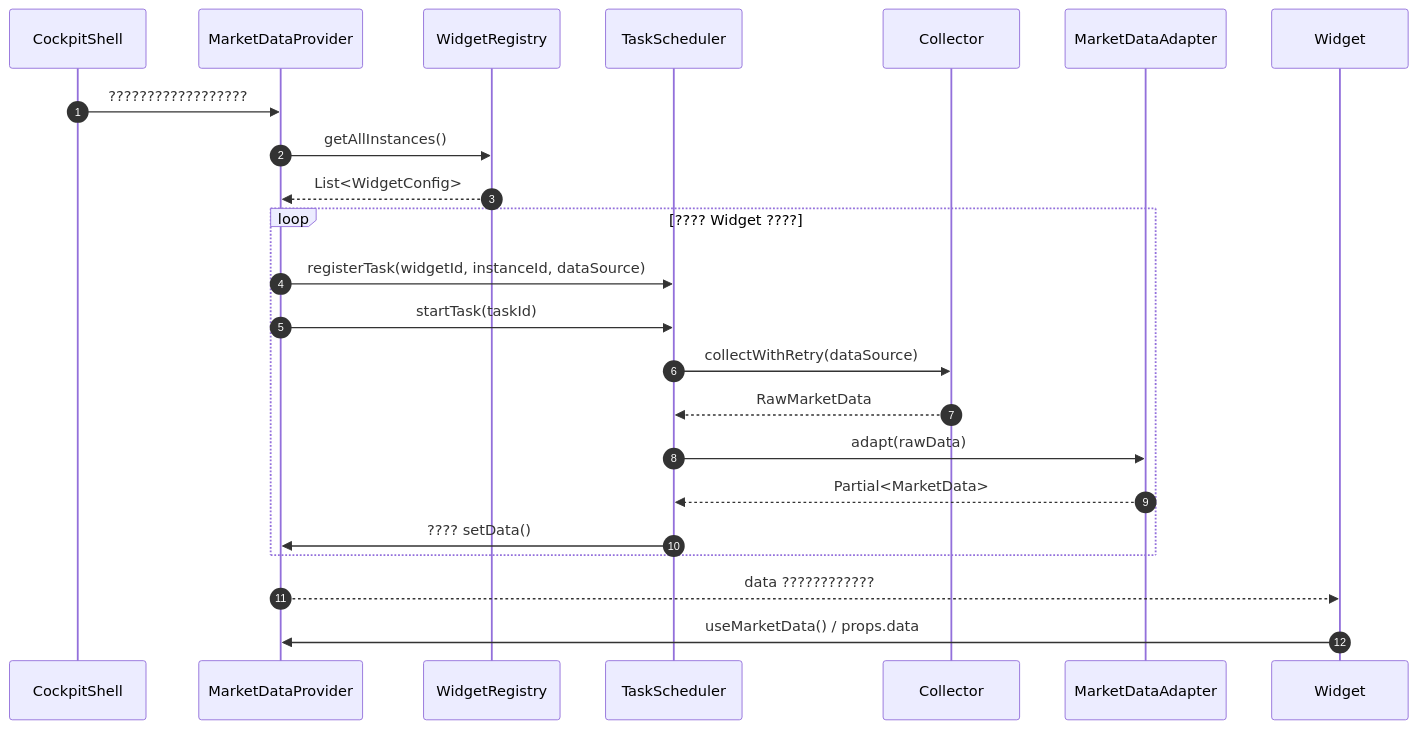
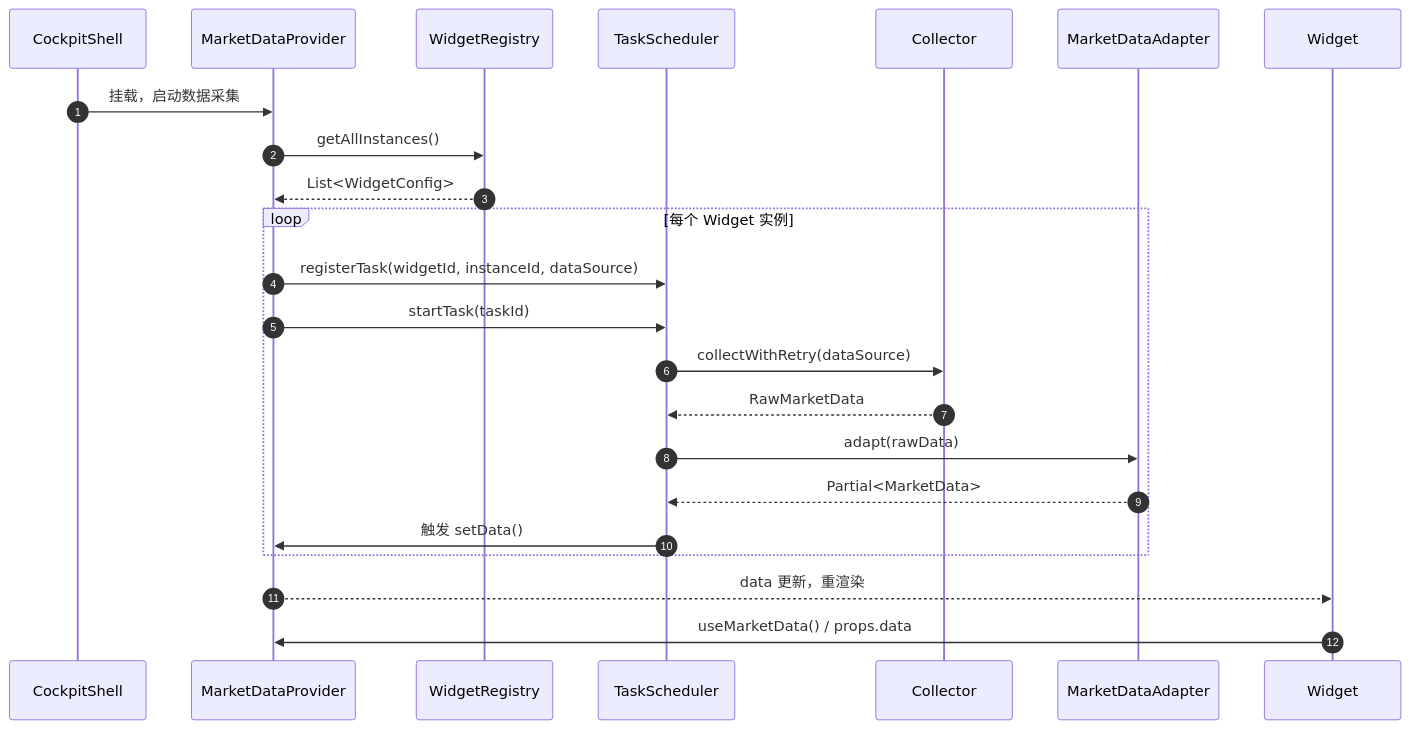
Before and after one commit to DHENGHONGYU/-: the second of 4 diagrams in docs/explanation/ARCHITECTURE.md, drawn with Mermaid. The commit also changed other lines of this file and 849 other files, not shown here.

````diff
--- a/docs/explanation/ARCHITECTURE.md
+++ b/docs/explanation/ARCHITECTURE.md
@@ -100,26 +100,26 @@
 ```mermaid
 sequenceDiagram
     autonumber
     participant Shell as CockpitShell
     participant MDP as MarketDataProvider
     participant WR as WidgetRegistry
     participant TS as TaskScheduler
     participant Col as Collector
     participant MDA as MarketDataAdapter
     participant W as Widget
 
-    Shell->>MDP: ??????????????????
+    Shell->>MDP: 挂载，启动数据采集
     MDP->>WR: getAllInstances()
     WR-->>MDP: List<WidgetConfig>
-    loop ???? Widget ????
+    loop 每个 Widget 实例
         MDP->>TS: registerTask(widgetId, instanceId, dataSource)
         MDP->>TS: startTask(taskId)
         TS->>Col: collectWithRetry(dataSource)
         Col-->>TS: RawMarketData
         TS->>MDA: adapt(rawData)
         MDA-->>TS: Partial<MarketData>
-        TS->>MDP: ???? setData()
+        TS->>MDP: 触发 setData()
     end
-    MDP-->>W: data ????????????
+    MDP-->>W: data 更新，重渲染
     W->>MDP: useMarketData() / props.data
 ```
````
